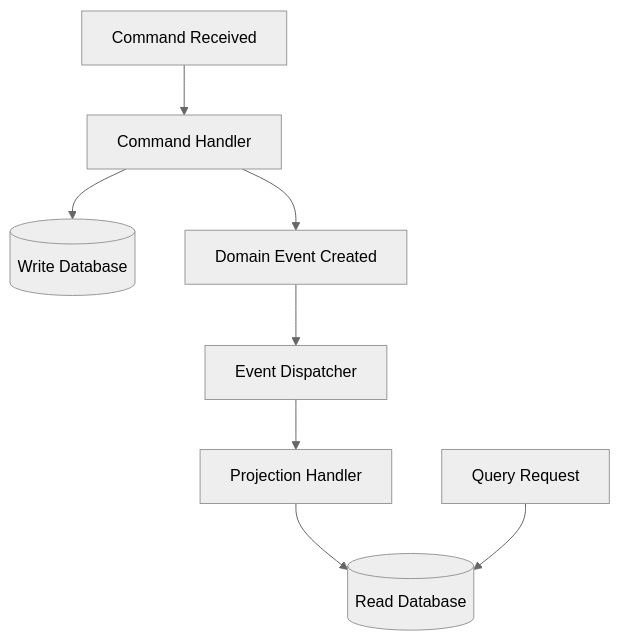
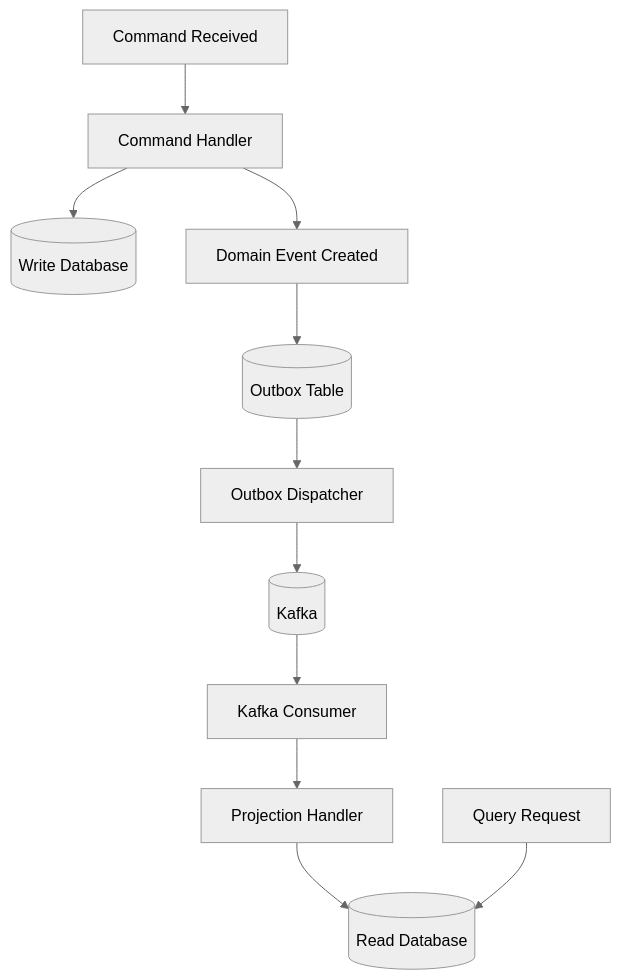
The third of 3 diagrams in README.md (ayoolaniyan/ecom-api), drawn with Mermaid (neutral theme) before and after one commit. The commit also changed other lines of this file and 20 other files, not shown here.

First line of the commit message:
feat: stream domain events through Kafka with a transactional outbox

````diff
--- a/README.md
+++ b/README.md
@@ -102,19 +115,25 @@
 ``` mermaid
 flowchart TD
     Command[Command Received]
     Handler[Command Handler]
     WriteDB[(Write Database)]
     Event[Domain Event Created]
-    Dispatcher[Event Dispatcher]
+    Outbox[(Outbox Table)]
+    Dispatcher[Outbox Dispatcher]
+    Kafka[(Kafka)]
+    Consumer[Kafka Consumer]
     Projection[Projection Handler]
     ReadDB[(Read Database)]
     Query[Query Request]
 
     Command --> Handler
     Handler --> WriteDB
     Handler --> Event
-    Event --> Dispatcher
-    Dispatcher --> Projection
+    Event --> Outbox
+    Outbox --> Dispatcher
+    Dispatcher --> Kafka
+    Kafka --> Consumer
+    Consumer --> Projection
     Projection --> ReadDB
     Query --> ReadDB
 ```
````
